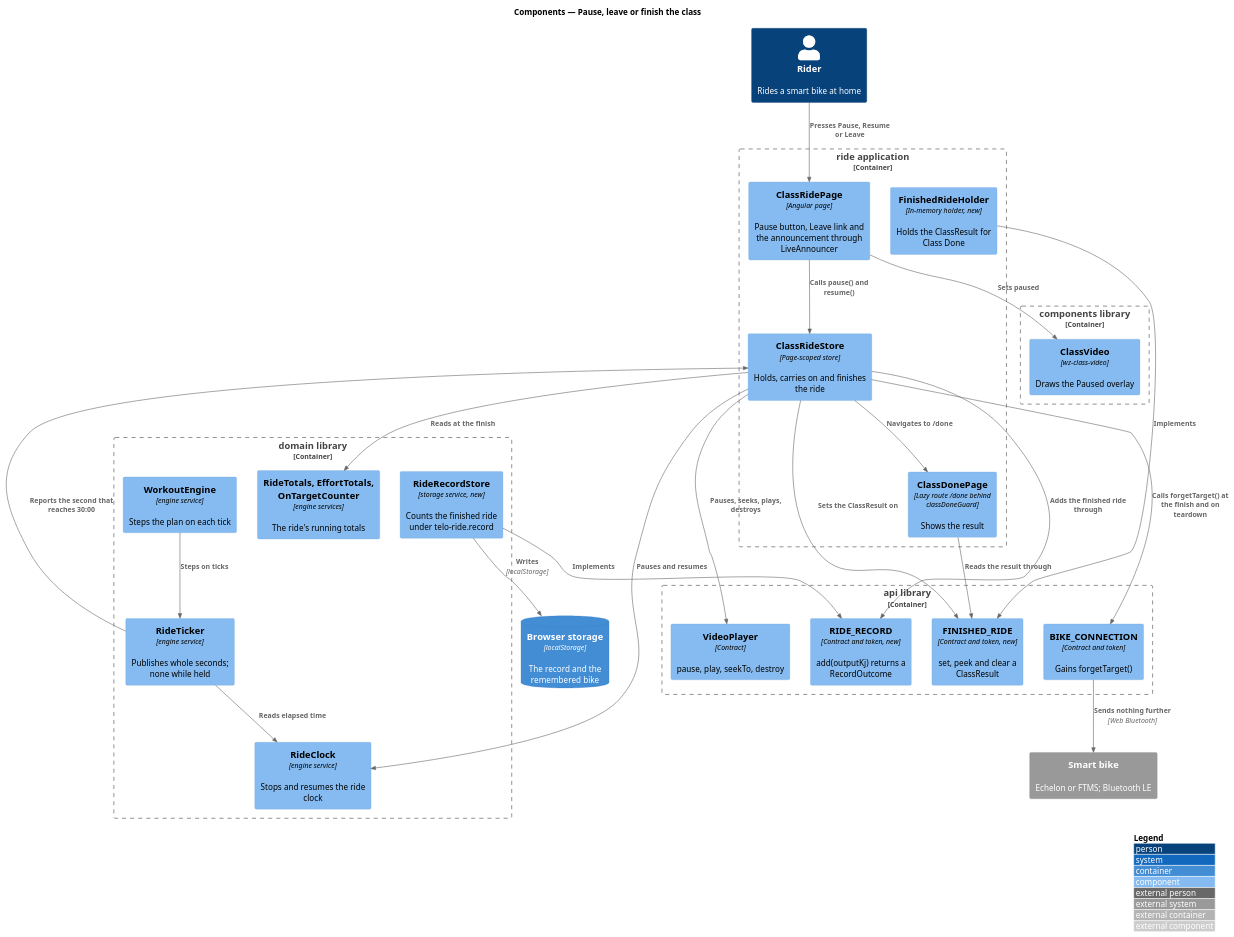
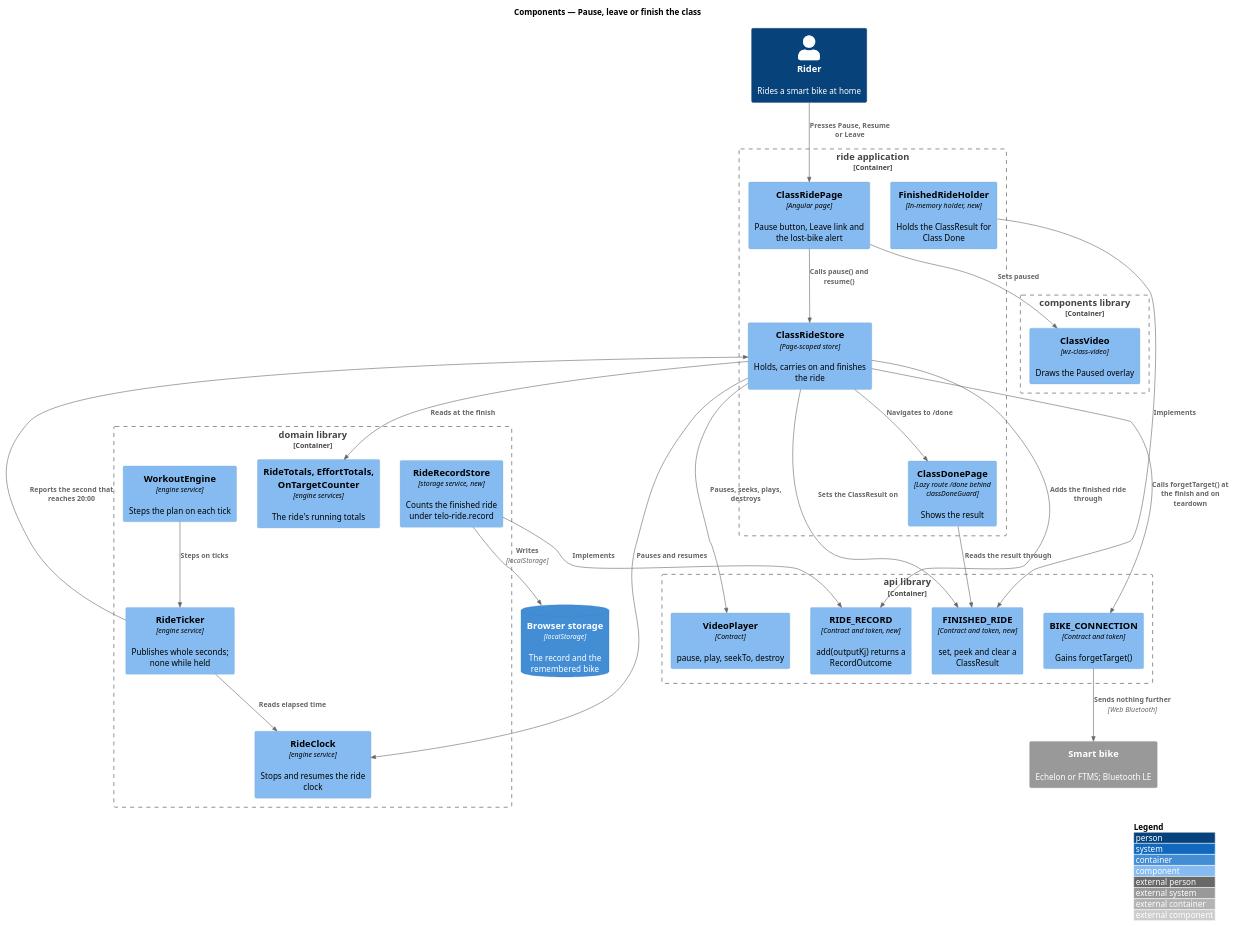
The diagram in docs/detailed-designs/class-ride/pause-leave-or-finish-the-class/diagrams/c4-component.puml (QuinntyneBrown/ride-one), drawn with PlantUML before and after one commit. The commit also changed 76 other files, not shown here.

First line of the commit message:
Slice 31.2: Pause, lose the bike, leave or finish

```diff
--- a/docs/detailed-designs/class-ride/pause-leave-or-finish-the-class/diagrams/c4-component.puml
+++ b/docs/detailed-designs/class-ride/pause-leave-or-finish-the-class/diagrams/c4-component.puml
@@ -1,51 +1,51 @@
 @startuml
 !include <C4/C4_Component>
 LAYOUT_WITH_LEGEND()
 title Components — Pause, leave or finish the class
 
 Person(rider, "Rider", "Rides a smart bike at home")
 System_Ext(bike, "Smart bike", "Echelon or FTMS; Bluetooth LE")
 ContainerDb(storage, "Browser storage", "localStorage", "The record and the remembered bike")
 
 Container_Boundary(ride, "ride application") {
-  Component(page, "ClassRidePage", "Angular page", "Pause button, Leave link and the announcement through LiveAnnouncer")
+  Component(page, "ClassRidePage", "Angular page", "Pause button, Leave link and the lost-bike alert")
   Component(store, "ClassRideStore", "Page-scoped store", "Holds, carries on and finishes the ride")
   Component(holder, "FinishedRideHolder", "In-memory holder, new", "Holds the ClassResult for Class Done")
   Component(done, "ClassDonePage", "Lazy route /done behind classDoneGuard", "Shows the result")
 }
 Container_Boundary(components, "components library") {
   Component(cvideo, "ClassVideo", "wz-class-video", "Draws the Paused overlay")
 }
 Container_Boundary(domain, "domain library") {
   Component(clock, "RideClock", "engine service", "Stops and resumes the ride clock")
   Component(ticker, "RideTicker", "engine service", "Publishes whole seconds; none while held")
   Component(engine, "WorkoutEngine", "engine service", "Steps the plan on each tick")
   Component(totals, "RideTotals, EffortTotals, OnTargetCounter", "engine services", "The ride's running totals")
   Component(record, "RideRecordStore", "storage service, new", "Counts the finished ride under telo-ride.record")
 }
 Container_Boundary(api, "api library") {
   Component(conn, "BIKE_CONNECTION", "Contract and token", "Gains forgetTarget()")
   Component(recordToken, "RIDE_RECORD", "Contract and token, new", "add(outputKj) returns a RecordOutcome")
   Component(finished, "FINISHED_RIDE", "Contract and token, new", "set, peek and clear a ClassResult")
   Component(vp, "VideoPlayer", "Contract", "pause, play, seekTo, destroy")
 }
 
 Rel(rider, page, "Presses Pause, Resume or Leave")
 Rel(page, store, "Calls pause() and resume()")
 Rel(page, cvideo, "Sets paused")
 Rel(store, clock, "Pauses and resumes")
 Rel(ticker, clock, "Reads elapsed time")
-Rel(ticker, store, "Reports the second that reaches 30:00")
+Rel(ticker, store, "Reports the second that reaches 20:00")
 Rel(engine, ticker, "Steps on ticks")
 Rel(store, vp, "Pauses, seeks, plays, destroys")
 Rel(store, totals, "Reads at the finish")
 Rel(store, recordToken, "Adds the finished ride through")
 Rel(record, recordToken, "Implements")
 Rel(record, storage, "Writes", "localStorage")
 Rel(store, finished, "Sets the ClassResult on")
 Rel(holder, finished, "Implements")
 Rel(done, finished, "Reads the result through")
 Rel(store, done, "Navigates to /done")
 Rel(store, conn, "Calls forgetTarget() at the finish and on teardown")
 Rel(conn, bike, "Sends nothing further", "Web Bluetooth")
 @enduml
```
